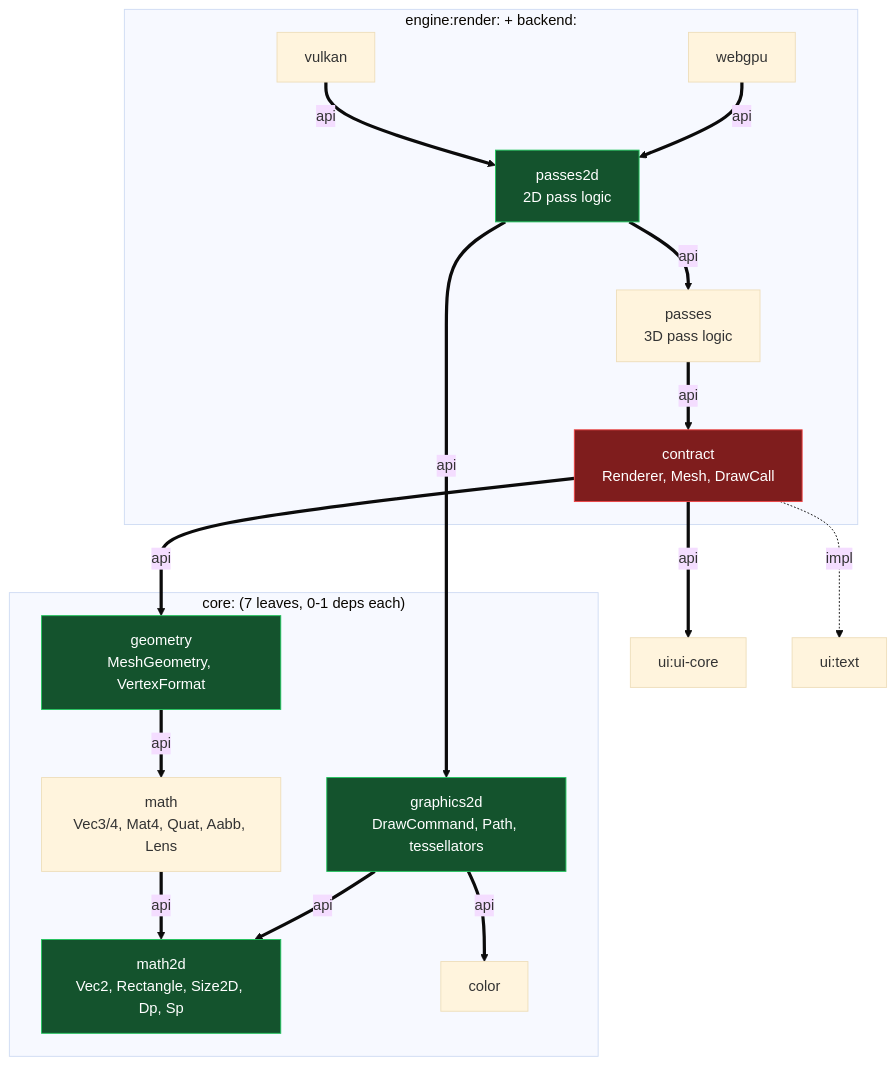
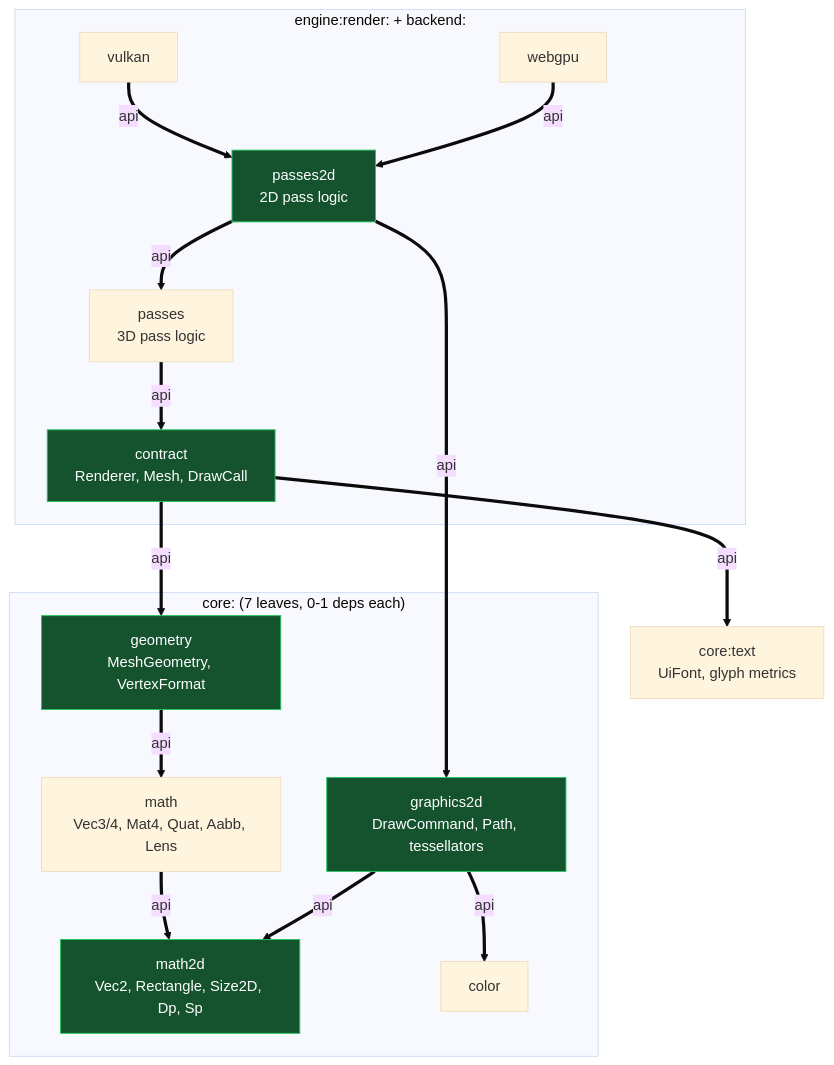
One commit to awakekt/awake changed the diagram in docs/reference/module-architecture.md. Above: the diagram before and after it, drawn with Mermaid (base theme). The commit also changed other lines of this file and 47 other files, not shown here.

````diff
--- a/docs/reference/module-architecture.md
+++ b/docs/reference/module-architecture.md
@@ -115,37 +116,35 @@
 ```mermaid
 graph TD
     subgraph core["core: (7 leaves, 0-1 deps each)"]
         cmath["math<br/>Vec3/4, Mat4, Quat, Aabb, Lens"]
         cmath2d["math2d<br/>Vec2, Rectangle, Size2D, Dp, Sp"]
         cdraw2d["graphics2d<br/>DrawCommand, Path, tessellators"]
         cgeom["geometry<br/>MeshGeometry, VertexFormat"]
         ccolor[color]
     end
     subgraph render["engine:render: + backend:"]
         contract["contract<br/>Renderer, Mesh, DrawCall"]
         passes["passes<br/>3D pass logic"]
         passes2d["passes2d<br/>2D pass logic"]
         vulkan[vulkan]
         webgpu[webgpu]
     end
-    uicore["ui:ui-core"]
-    uitext["ui:text"]
+    ctext["core:text<br/>UiFont, glyph metrics"]
 
     cmath ==>|api| cmath2d
     cgeom ==>|api| cmath
     cdraw2d ==>|api| cmath2d
     cdraw2d ==>|api| ccolor
     contract ==>|api| cgeom
-    contract ==>|api| uicore
+    contract ==>|api| ctext
     passes ==>|api| contract
     passes2d ==>|api| passes
     passes2d ==>|api| cdraw2d
     vulkan ==>|api| passes2d
     webgpu ==>|api| passes2d
-    contract -.->|impl| uitext
 
     classDef clean fill:#14532d,stroke:#22c55e,color:#fff
     classDef problem fill:#7f1d1d,stroke:#ef4444,color:#fff
     class cgeom,cdraw2d,cmath2d,passes2d clean
-    class contract problem
+    class contract clean
 ```
````
